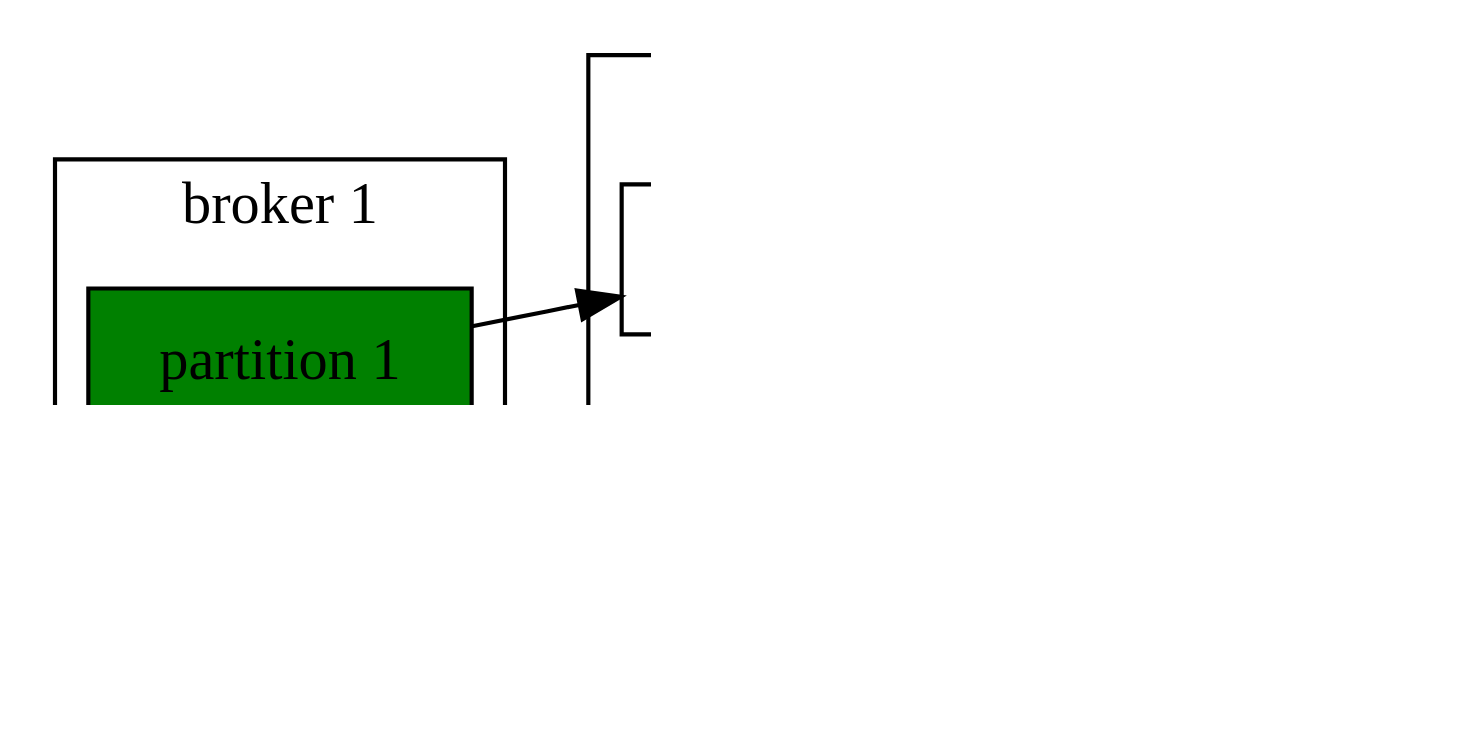
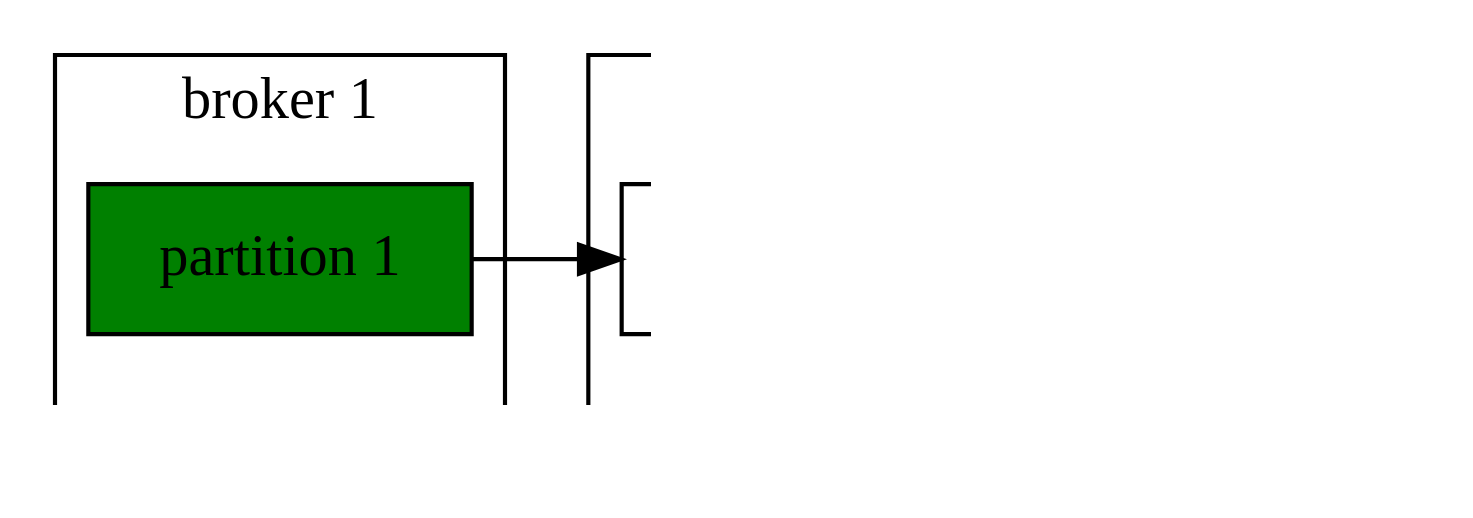
One commit to inponomarev/kafka-hjs changed the sixth of 46 diagrams in lecture.adoc. Above: the diagram before and after it, drawn with Graphviz. The commit also changed other lines of this file and 3 other files, not shown here.

```diff
--- a/lecture.adoc
+++ b/lecture.adoc
@@ -533,34 +503,35 @@
 [graphviz,broker-topics4,png]
 ----
 digraph G {
   node [shape="rectangle"]
   graph [ dpi = 180 ];
   rankdir="LR";
   
    subgraph cluster_broker1{
     b1p1[label="partition 1",style=filled; fillcolor="green"];
     b1p3[label="partition 3",style=filled; fillcolor="green"];
     label="broker 1"
   }
   
   
   subgraph cluster_broker2{
     b2p1[label="partition 1"];
     b2p2[label="partition 2",style=filled; fillcolor="green"];
     
     label="broker 2"
   }
   
   subgraph cluster_broker3{
     
     b3p2[label="partition 2"];
     b3p3[label="partition 3"];
     label="broker 3"
   }
   
-  b1p1->b2p1;
+  b2p1->b3p2[weight=10,style=invis];
+  b1p1->b2p1[weight=10];
   b2p2->b3p2;
-  b1p3->b3p3;
+  b3p3->b1p3[dir=back];
 }
 
 ----
```
